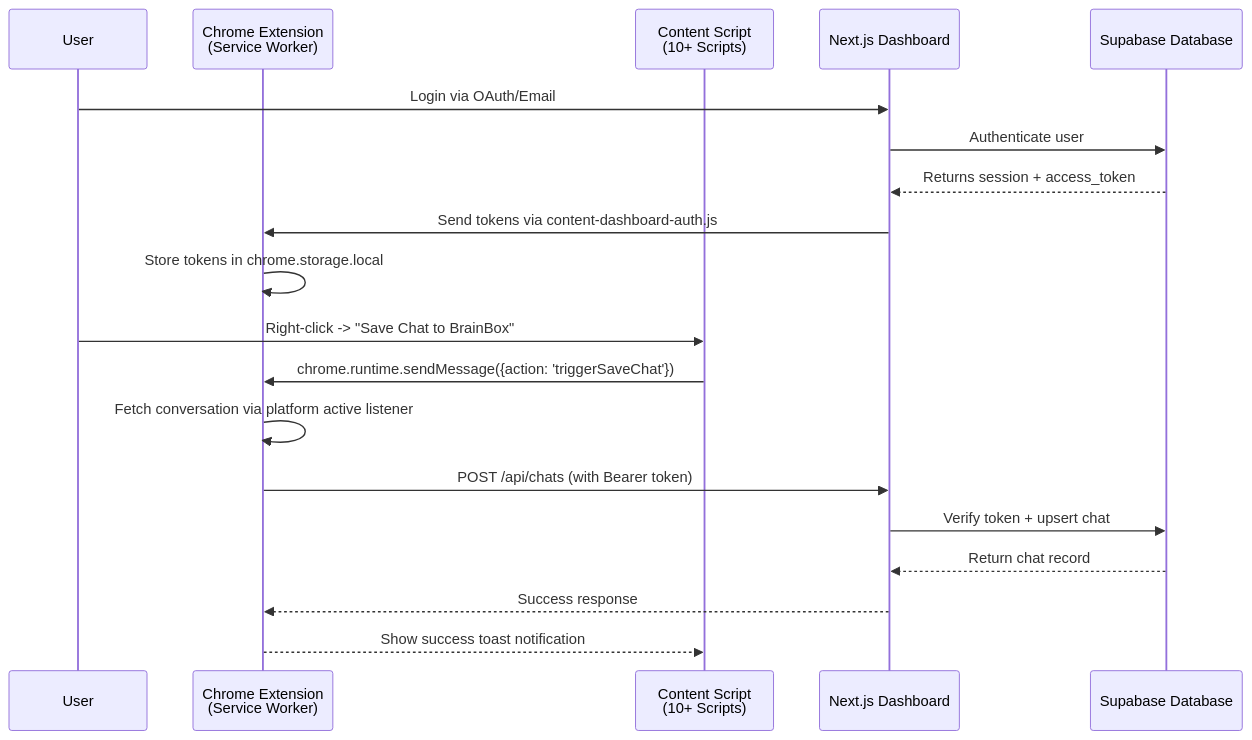
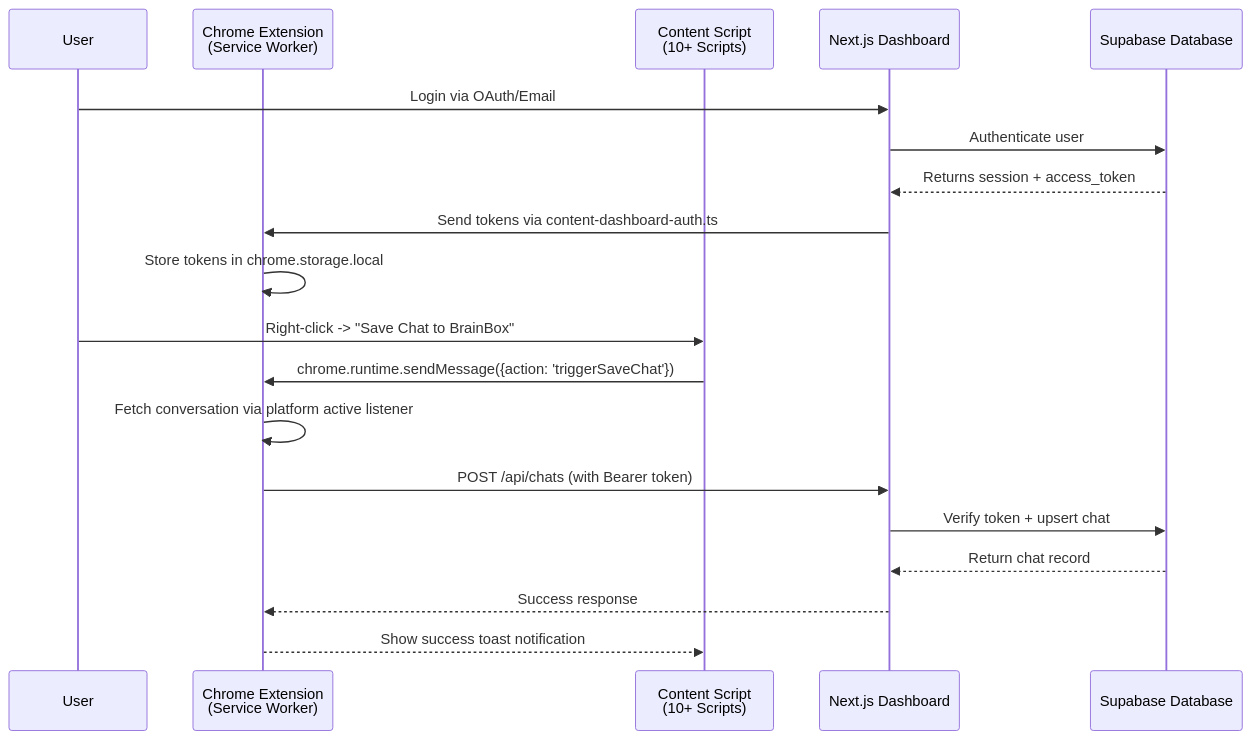
One commit to HackamViGo/Chat-Organizer changed the first of 3 diagrams in docs/technical/SYNC_PROTOCOL.md. Above: the diagram before and after it, drawn with Mermaid. The commit also changed other lines of this file and 146 other files, not shown here.

First line of the commit message:
chore(extension): complete security audit and architectural hardening

````diff
--- a/docs/technical/SYNC_PROTOCOL.md
+++ b/docs/technical/SYNC_PROTOCOL.md
@@ -15,23 +15,23 @@
 ```mermaid
 sequenceDiagram
     participant User
     participant Extension as Chrome Extension<br/>(Service Worker)
     participant ContentScript as Content Script<br/>(10+ Scripts)
     participant Dashboard as Next.js Dashboard
     participant Supabase as Supabase Database
 
     User->>Dashboard: Login via OAuth/Email
     Dashboard->>Supabase: Authenticate user
     Supabase-->>Dashboard: Returns session + access_token
-    Dashboard->>Extension: Send tokens via content-dashboard-auth.js
+    Dashboard->>Extension: Send tokens via content-dashboard-auth.ts
     Extension->>Extension: Store tokens in chrome.storage.local
 
     User->>ContentScript: Right-click -> "Save Chat to BrainBox"
     ContentScript->>Extension: chrome.runtime.sendMessage({action: 'triggerSaveChat'})
     Extension->>Extension: Fetch conversation via platform active listener
     Extension->>Dashboard: POST /api/chats (with Bearer token)
     Dashboard->>Supabase: Verify token + upsert chat
     Supabase-->>Dashboard: Return chat record
     Dashboard-->>Extension: Success response
     Extension-->>ContentScript: Show success toast notification
 ```
````
